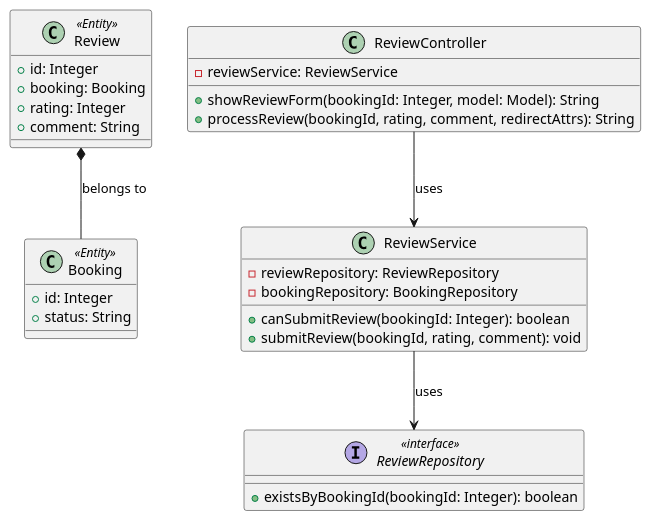
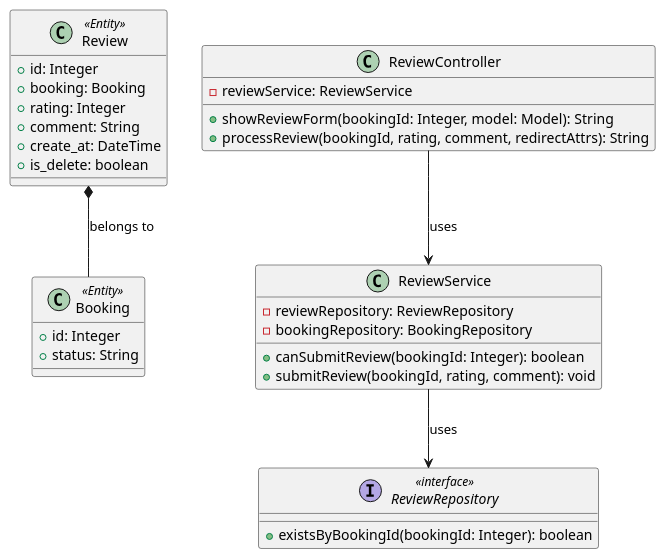
The first of 3 diagrams in 04_Implement/Module5/UC23/UC23_EDS_Review.md (danhdac36/xoai-aura-retreat), drawn with PlantUML before and after one commit. The commit also changed 31 other files, not shown here.

````diff
--- a/04_Implement/Module5/UC23/UC23_EDS_Review.md
+++ b/04_Implement/Module5/UC23/UC23_EDS_Review.md
@@ -162,37 +162,39 @@
 ```plantuml
 @startuml
 class Review <<Entity>> {
   +id: Integer
   +booking: Booking
   +rating: Integer
   +comment: String
+  +create_at: DateTime
+  +is_delete: boolean
 }
 
 class Booking <<Entity>> {
   +id: Integer
   +status: String
 }
 
 Review *-- Booking : belongs to
 
 interface ReviewRepository <<interface>> {
   +existsByBookingId(bookingId: Integer): boolean
 }
 
 class ReviewService {
   -reviewRepository: ReviewRepository
   -bookingRepository: BookingRepository
   +canSubmitReview(bookingId: Integer): boolean
   +submitReview(bookingId, rating, comment): void
 }
 
 class ReviewController {
   -reviewService: ReviewService
   +showReviewForm(bookingId: Integer, model: Model): String
   +processReview(bookingId, rating, comment, redirectAttrs): String
 }
 
 ReviewService --> ReviewRepository : uses
 ReviewController --> ReviewService : uses
 @enduml
 ```
````
